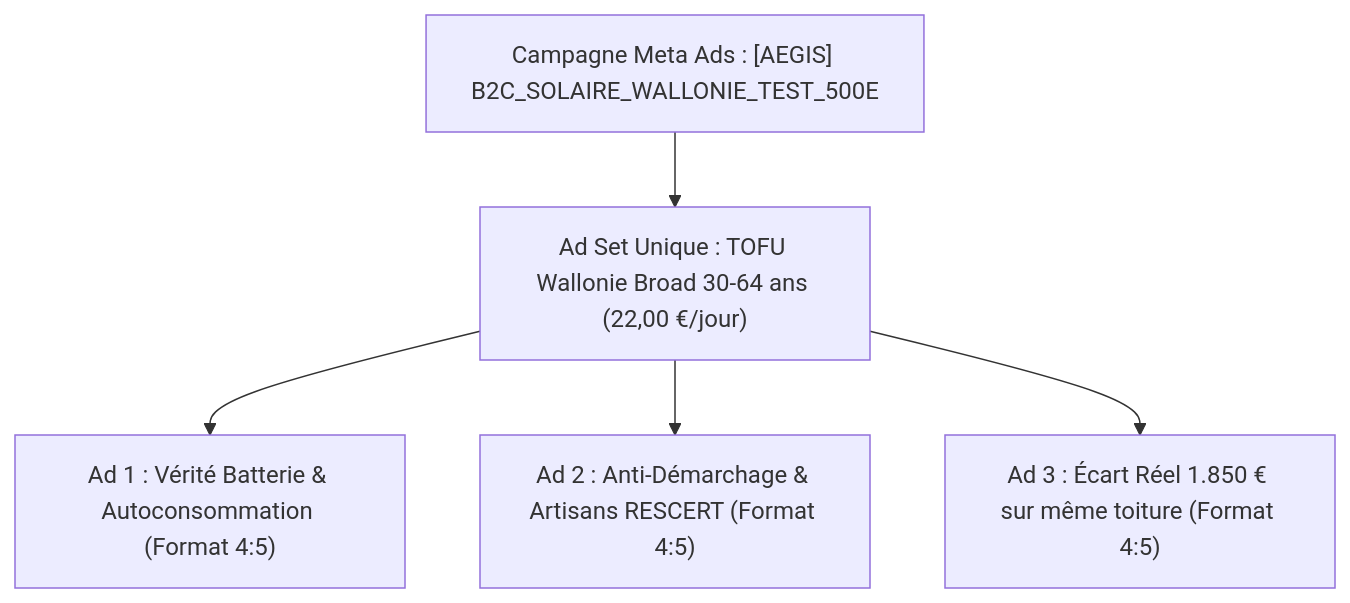
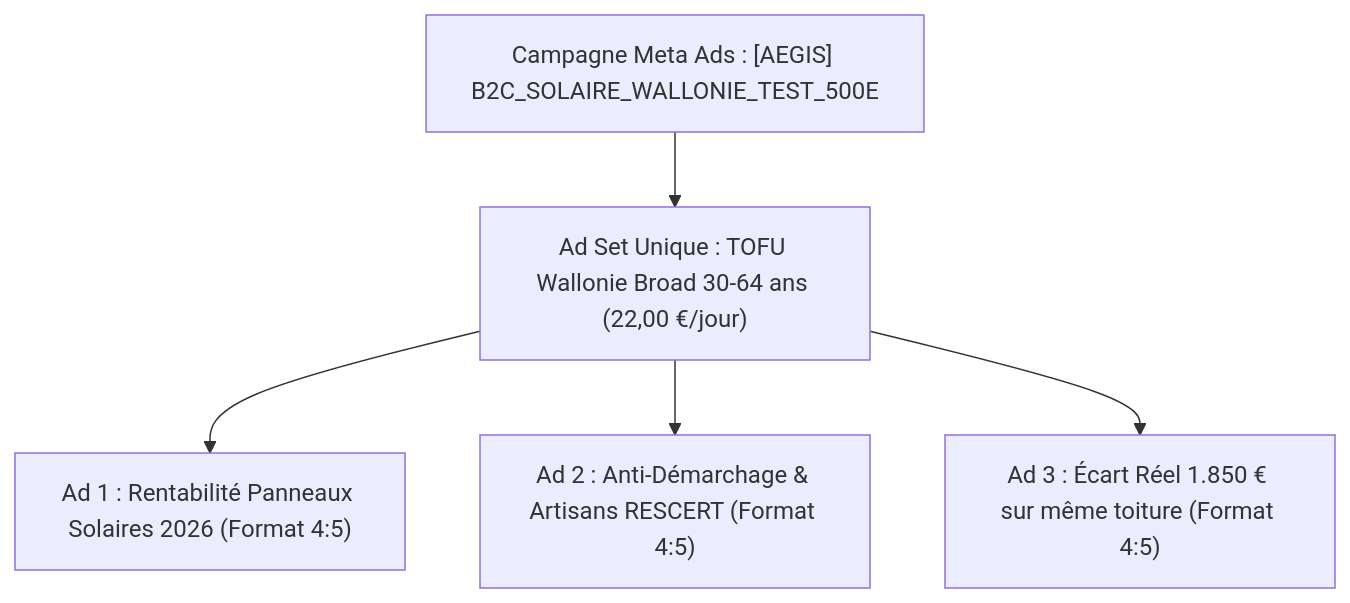
The diagram in campagnes-meta/3-PLAN-LANCEMENT-ET-CONFIG-META-500E.md (nathannremacle/aegis-solaire), drawn with Mermaid before and after one commit. The commit also changed other lines of this file and 119 other files, not shown here.

````diff
--- a/campagnes-meta/3-PLAN-LANCEMENT-ET-CONFIG-META-500E.md
+++ b/campagnes-meta/3-PLAN-LANCEMENT-ET-CONFIG-META-500E.md
@@ -28,9 +28,9 @@
 ```mermaid
 graph TD
     Campagne["Campagne Meta Ads : [AEGIS] B2C_SOLAIRE_WALLONIE_TEST_500E"]
     Campagne --> AdSet["Ad Set Unique : TOFU Wallonie Broad 30-64 ans (22,00 €/jour)"]
     
-    AdSet --> Ad1["Ad 1 : Vérité Batterie & Autoconsommation (Format 4:5)"]
+    AdSet --> Ad1["Ad 1 : Rentabilité Panneaux Solaires 2026 (Format 4:5)"]
     AdSet --> Ad2["Ad 2 : Anti-Démarchage & Artisans RESCERT (Format 4:5)"]
     AdSet --> Ad3["Ad 3 : Écart Réel 1.850 € sur même toiture (Format 4:5)"]
 ```
````
